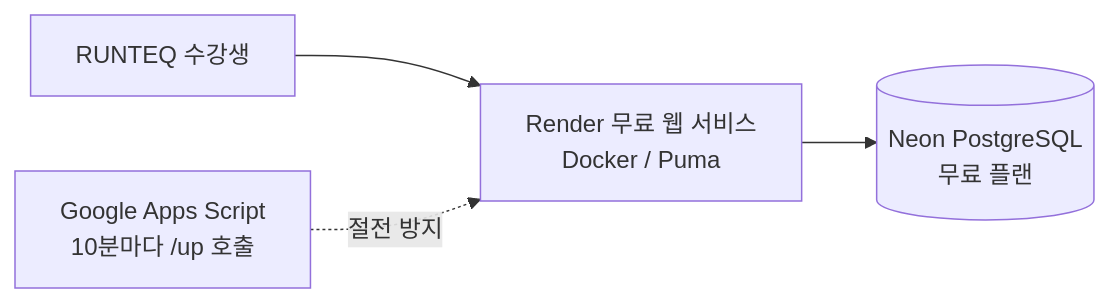
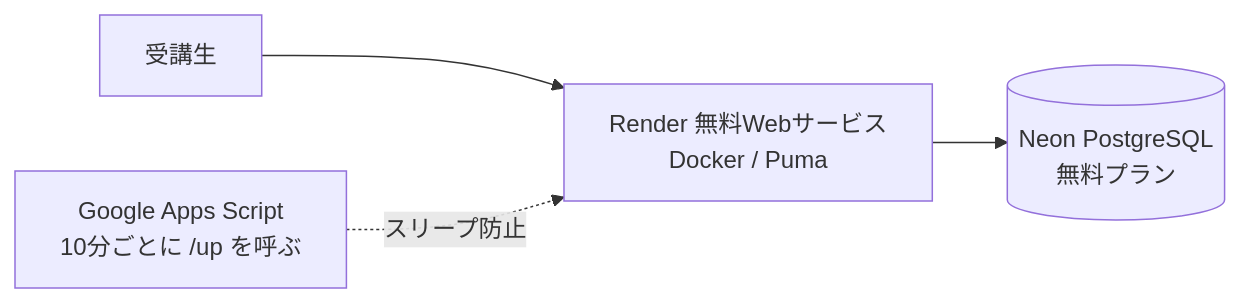
Before and after one commit to YIDONGYONG/kiminonoha: the third of 3 diagrams in README.md, drawn with Mermaid. The commit also changed other lines of this file, not shown here.

````diff
--- a/README.md
+++ b/README.md
@@ -125,6 +119,6 @@
 ```mermaid
 flowchart LR
-  U[RUNTEQ 수강생] --> RD[Render 무료 웹 서비스<br/>Docker / Puma]
-  RD --> NE[(Neon PostgreSQL<br/>무료 플랜)]
-  GAS[Google Apps Script<br/>10분마다 /up 호출] -. "절전 방지" .-> RD
+  U[受講生] --> RD[Render 無料Webサービス<br/>Docker / Puma]
+  RD --> NE[(Neon PostgreSQL<br/>無料プラン)]
+  GAS[Google Apps Script<br/>10分ごとに /up を呼ぶ] -. "スリープ防止" .-> RD
 ```
````
